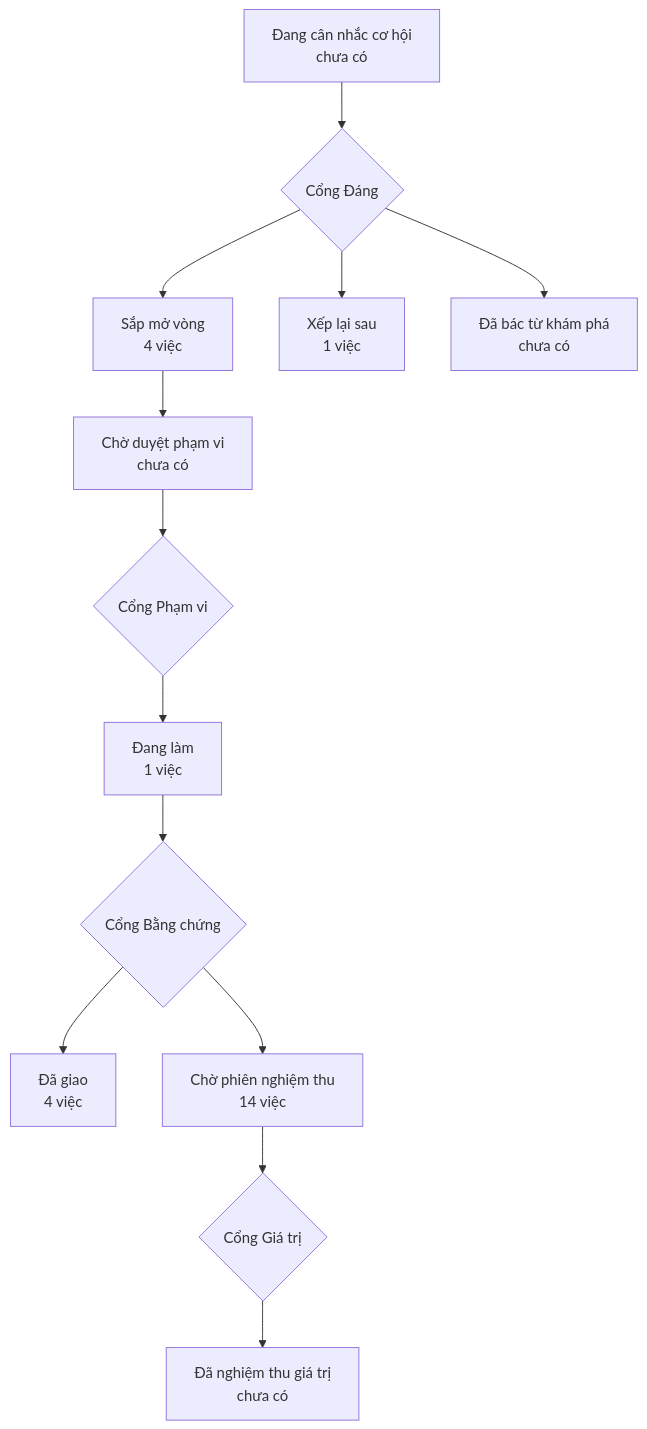
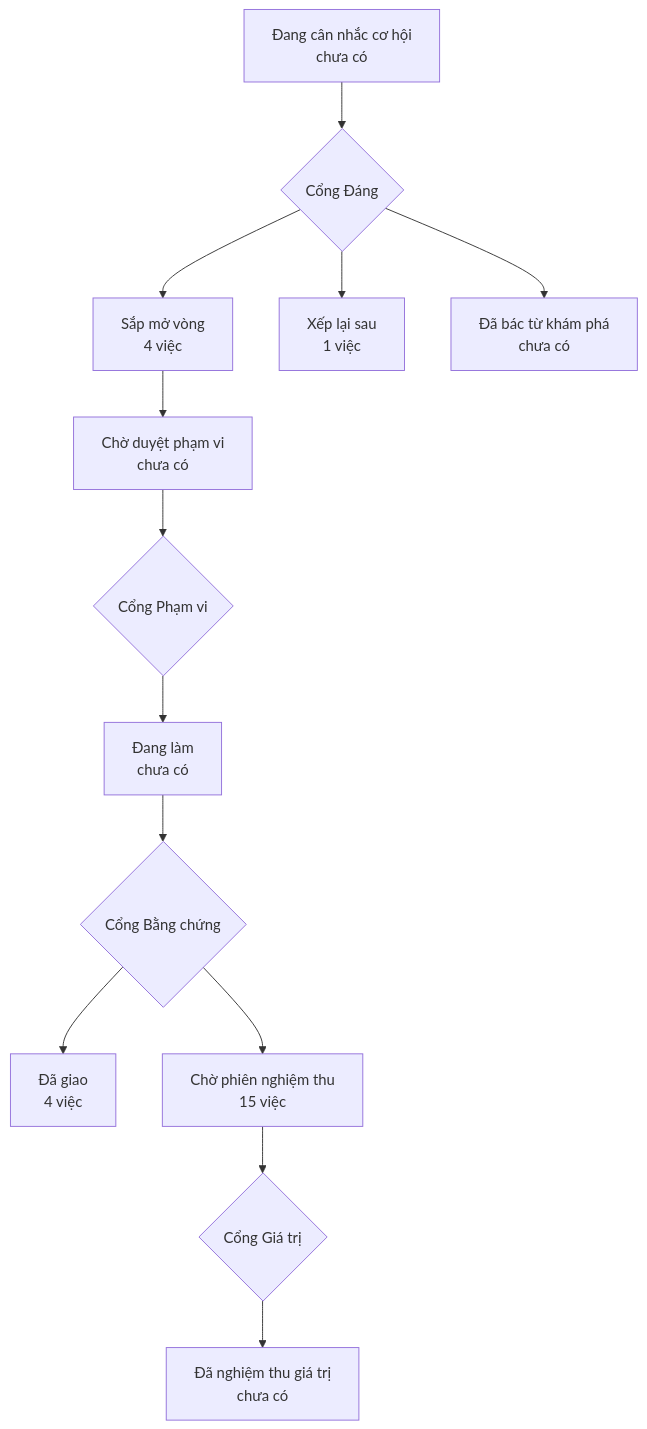
Before and after one commit to phanlemanh/onehub-quy-hang: the diagram in PRODUCT-MAP.md, drawn with Mermaid. The commit also changed other lines of this file and 4 other files, not shown here.

````diff
--- a/PRODUCT-MAP.md
+++ b/PRODUCT-MAP.md
@@ -7,12 +7,12 @@
 ```mermaid
 flowchart TD
   A["Đang cân nhắc cơ hội<br/>chưa có"] --> GD{"Cổng Đáng"}
   GD --> B["Sắp mở vòng<br/>4 việc"]
   GD --> XL["Xếp lại sau<br/>1 việc"]
   GD --> DB["Đã bác từ khám phá<br/>chưa có"]
   B --> CD["Chờ duyệt phạm vi<br/>chưa có"] --> GP{"Cổng Phạm vi"}
-  GP --> DL["Đang làm<br/>1 việc"] --> GB{"Cổng Bằng chứng"}
+  GP --> DL["Đang làm<br/>chưa có"] --> GB{"Cổng Bằng chứng"}
   GB --> DG["Đã giao<br/>4 việc"]
-  GB --> CN["Chờ phiên nghiệm thu<br/>14 việc"] --> GG{"Cổng Giá trị"}
+  GB --> CN["Chờ phiên nghiệm thu<br/>15 việc"] --> GG{"Cổng Giá trị"}
   GG --> NT["Đã nghiệm thu giá trị<br/>chưa có"]
 ```
````
